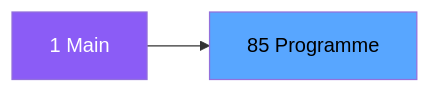
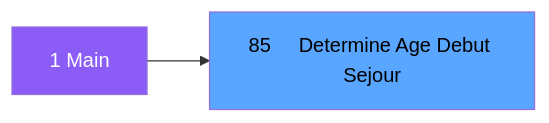
Before and after one commit to thonyAGP/magic-migration: the second of 3 diagrams in .openspec/specs/ADH-IDE-85.md, drawn with Mermaid. The commit also changed other lines of this file and 323 other files, not shown here.

````diff
--- a/.openspec/specs/ADH-IDE-85.md
+++ b/.openspec/specs/ADH-IDE-85.md
@@ -98,8 +123,8 @@
 ```mermaid
 graph LR
     M[1 Main]
-    T[85 Programme]
+    T[85     Determine Age Debut Sejour]
     M --> T
     style M fill:#8b5cf6,color:#fff
     style T fill:#58a6ff,color:#000
 ```
````
